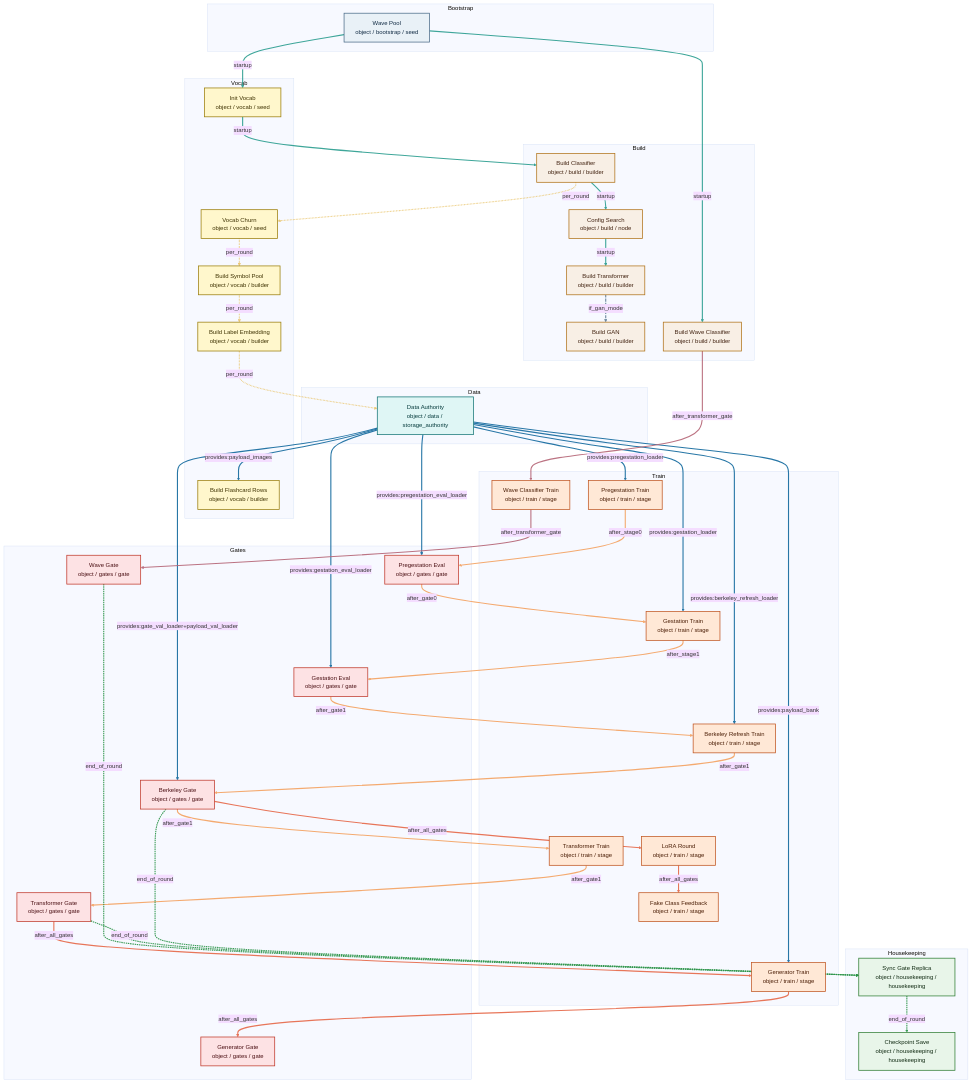
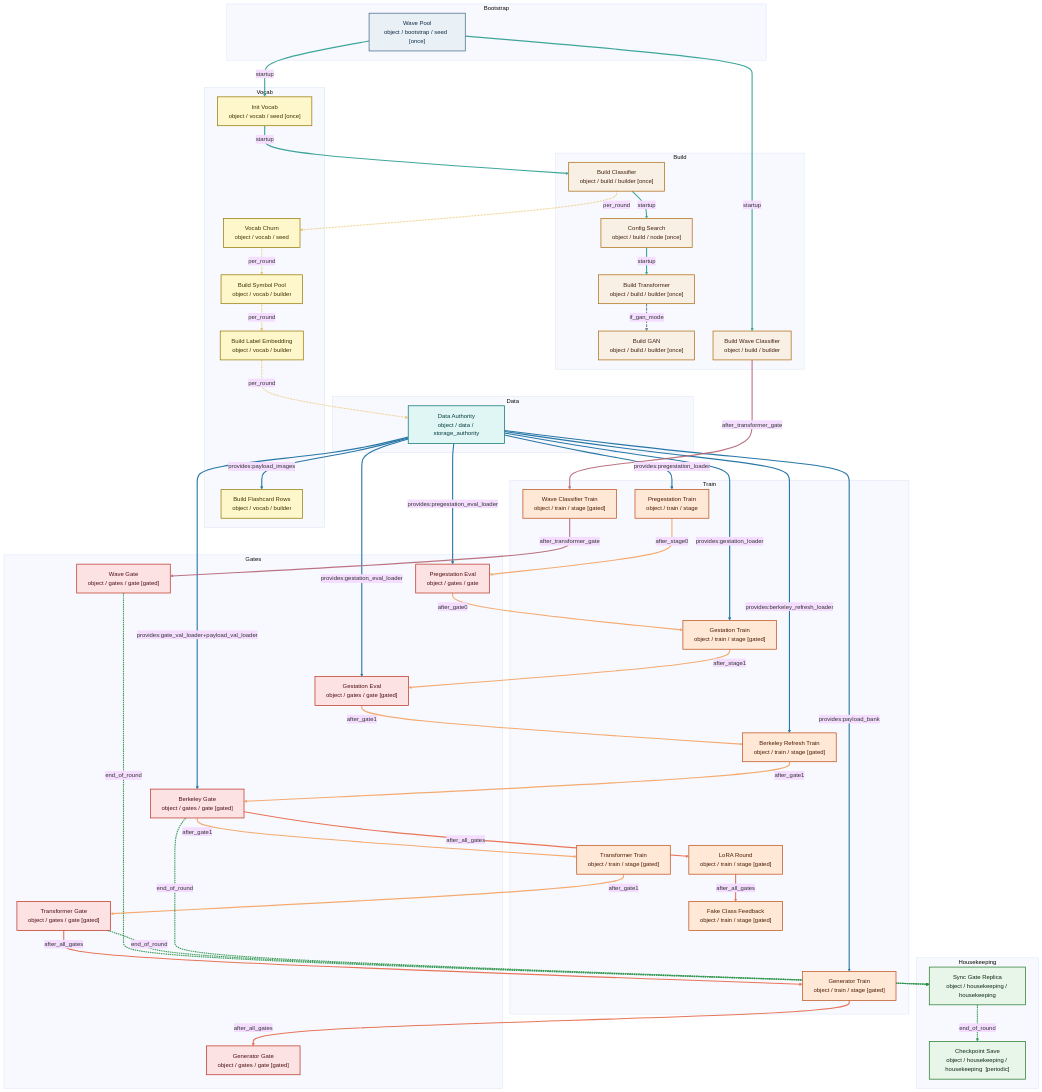
One commit to sangderenard/meta-nn changed the second of 13 diagrams in README.md. Above: the diagram before and after it, drawn with Mermaid. The commit also changed other lines of this file and 31 other files, not shown here.

```diff
--- a/README.md
+++ b/README.md
@@ -283,17 +283,17 @@
 %%{init: {'theme':'base','flowchart':{'curve':'basis','htmlLabels':true}}}%%
 flowchart TD
     subgraph group_bootstrap[Bootstrap]
-        wave_pool["Wave Pool<br/>object / bootstrap / seed"]
+        wave_pool["Wave Pool<br/>object / bootstrap / seed  [once]"]
     end
     subgraph group_build[Build]
-        build_classifier["Build Classifier<br/>object / build / builder"]
-        config_search["Config Search<br/>object / build / node"]
-        build_transformer["Build Transformer<br/>object / build / builder"]
-        build_gan["Build GAN<br/>object / build / builder"]
+        build_classifier["Build Classifier<br/>object / build / builder  [once]"]
+        config_search["Config Search<br/>object / build / node  [once]"]
+        build_transformer["Build Transformer<br/>object / build / builder  [once]"]
+        build_gan["Build GAN<br/>object / build / builder  [once]"]
         build_wave_classifier["Build Wave Classifier<br/>object / build / builder"]
     end
     subgraph group_vocab[Vocab]
-        init_vocab["Init Vocab<br/>object / vocab / seed"]
+        init_vocab["Init Vocab<br/>object / vocab / seed  [once]"]
         vocab_churn["Vocab Churn<br/>object / vocab / seed"]
         build_symbol_pool["Build Symbol Pool<br/>object / vocab / builder"]
         build_label_embedding["Build Label Embedding<br/>object / vocab / builder"]
@@ -304,25 +304,25 @@
     end
     subgraph group_train[Train]
         stage_0_pregestation["Pregestation Train<br/>object / train / stage"]
-        stage_1_gestation["Gestation Train<br/>object / train / stage"]
-        stage_2_berkeley["Berkeley Refresh Train<br/>object / train / stage"]
-        stage_r_transformer["Transformer Train<br/>object / train / stage"]
-        stage_g_generator["Generator Train<br/>object / train / stage"]
-        stage_w_wave_classifier["Wave Classifier Train<br/>object / train / stage"]
-        stage_c_lora["LoRA Round<br/>object / train / stage"]
-        stage_fake_feedback["Fake Class Feedback<br/>object / train / stage"]
+        stage_1_gestation["Gestation Train<br/>object / train / stage  [gated]"]
+        stage_2_berkeley["Berkeley Refresh Train<br/>object / train / stage  [gated]"]
+        stage_r_transformer["Transformer Train<br/>object / train / stage  [gated]"]
+        stage_g_generator["Generator Train<br/>object / train / stage  [gated]"]
+        stage_w_wave_classifier["Wave Classifier Train<br/>object / train / stage  [gated]"]
+        stage_c_lora["LoRA Round<br/>object / train / stage  [gated]"]
+        stage_fake_feedback["Fake Class Feedback<br/>object / train / stage  [gated]"]
     end
     subgraph group_gates[Gates]
         gate_0_pregestation_eval["Pregestation Eval<br/>object / gates / gate"]
-        gate_1_gestation_eval["Gestation Eval<br/>object / gates / gate"]
-        gate_berkeley["Berkeley Gate<br/>object / gates / gate"]
-        gate_transformer["Transformer Gate<br/>object / gates / gate"]
-        gate_generator["Generator Gate<br/>object / gates / gate"]
-        gate_wave["Wave Gate<br/>object / gates / gate"]
+        gate_1_gestation_eval["Gestation Eval<br/>object / gates / gate  [gated]"]
+        gate_berkeley["Berkeley Gate<br/>object / gates / gate  [gated]"]
+        gate_transformer["Transformer Gate<br/>object / gates / gate  [gated]"]
+        gate_generator["Generator Gate<br/>object / gates / gate  [gated]"]
+        gate_wave["Wave Gate<br/>object / gates / gate  [gated]"]
     end
     subgraph group_housekeeping[Housekeeping]
         sync_gate_replica["Sync Gate Replica<br/>object / housekeeping / housekeeping"]
-        checkpoint_save["Checkpoint Save<br/>object / housekeeping / housekeeping"]
+        checkpoint_save["Checkpoint Save<br/>object / housekeeping / housekeeping  [periodic]"]
     end
 
     wave_pool -- "startup" --> init_vocab
```
